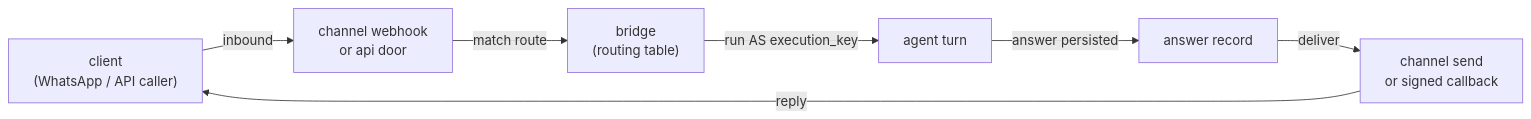
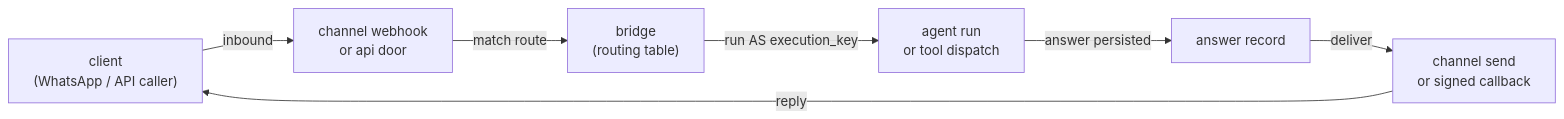
The diagram in concepts/client-conversations.mdx (tai42ai/tai-docs), drawn with Mermaid before and after one commit. The commit also changed other lines of this file and 8 other files, not shown here.

````diff
--- a/concepts/client-conversations.mdx
+++ b/concepts/client-conversations.mdx
@@ -85,9 +112,9 @@
 ```mermaid
 flowchart LR
     C["client<br/>(WhatsApp / API caller)"] -->|inbound| CH["channel webhook<br/>or api door"]
     CH -->|match route| BR["bridge<br/>(routing table)"]
-    BR -->|run AS execution_key| AG["agent turn"]
+    BR -->|run AS execution_key| AG["agent run<br/>or tool dispatch"]
     AG -->|answer persisted| REC["answer record"]
     REC -->|deliver| OUT["channel send<br/>or signed callback"]
     OUT -->|reply| C
 ```
````
